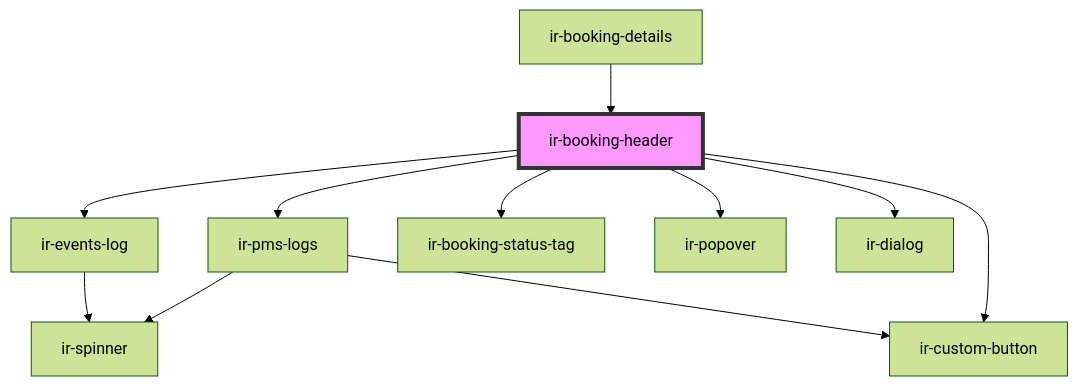
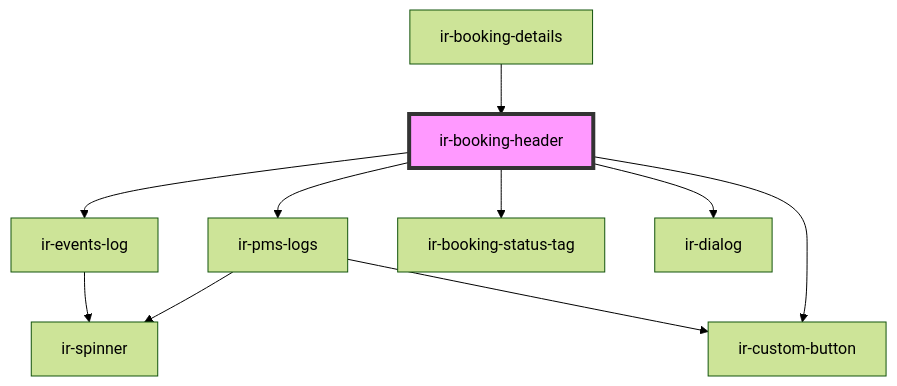
The diagram in src/components/ir-booking-details/ir-booking-header/readme.md (RonyRizk/ir-webcmp), drawn with Mermaid (forest theme) before and after one commit. The commit also changed other lines of this file and 25 other files, not shown here.

````diff
--- a/src/components/ir-booking-details/ir-booking-header/readme.md
+++ b/src/components/ir-booking-details/ir-booking-header/readme.md
@@ -47,14 +46,13 @@
 ```mermaid
 graph TD;
   ir-booking-header --> ir-pms-logs
   ir-booking-header --> ir-events-log
   ir-booking-header --> ir-custom-button
   ir-booking-header --> ir-booking-status-tag
-  ir-booking-header --> ir-popover
   ir-booking-header --> ir-dialog
   ir-pms-logs --> ir-spinner
   ir-pms-logs --> ir-custom-button
   ir-events-log --> ir-spinner
   ir-booking-details --> ir-booking-header
   style ir-booking-header fill:#f9f,stroke:#333,stroke-width:4px
 ```
````
